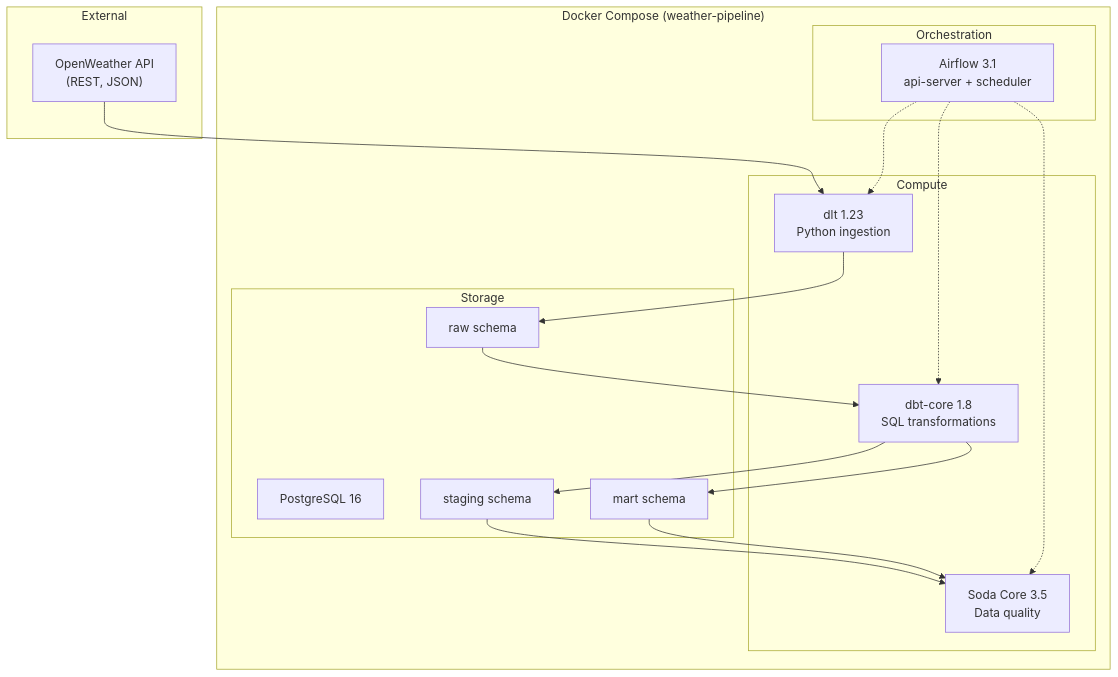
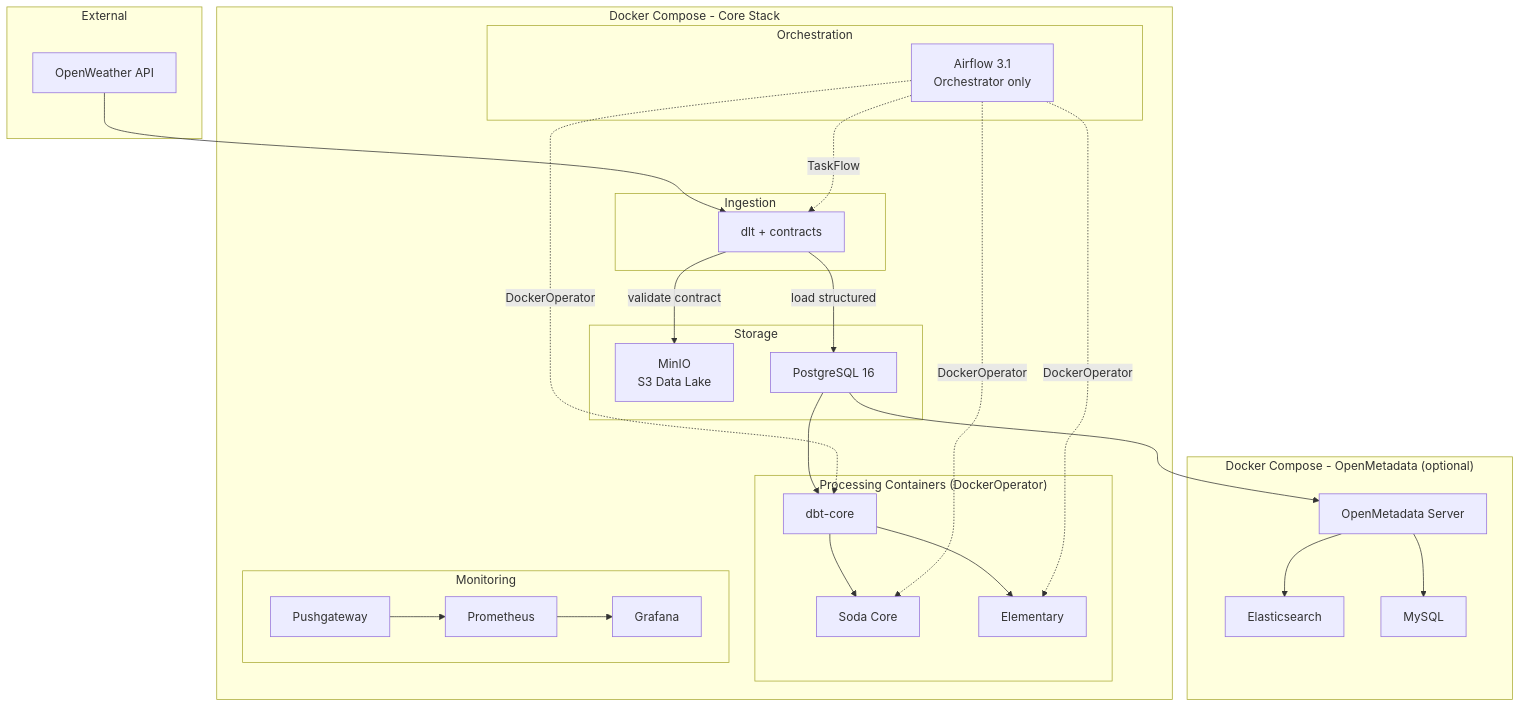
One commit to Adrien-Crapart/data-engineering-pipeline changed the diagram in docs/architecture.md. Above: the diagram before and after it, drawn with Mermaid. The commit also changed other lines of this file and 3 other files, not shown here.

First line of the commit message:
docs(project): update README, architecture, and pipeline documentation

````diff
--- a/docs/architecture.md
+++ b/docs/architecture.md
@@ -7,36 +7,55 @@
 ```mermaid
 graph TB
     subgraph External
-        API["OpenWeather API<br/>(REST, JSON)"]
+        API["OpenWeather API"]
     end
 
-    subgraph Docker["Docker Compose (weather-pipeline)"]
+    subgraph DockerStack["Docker Compose - Core Stack"]
         subgraph Orchestration
-            AF["Airflow 3.1<br/>api-server + scheduler"]
+            AF["Airflow 3.1<br/>Orchestrator only"]
         end
 
-        subgraph Compute
-            DLT["dlt 1.23<br/>Python ingestion"]
-            DBT["dbt-core 1.8<br/>SQL transformations"]
-            SODA["Soda Core 3.5<br/>Data quality"]
+        subgraph ProcessingContainers["Processing Containers (DockerOperator)"]
+            DBT["dbt-core"]
+            SODA["Soda Core"]
+            ELEM["Elementary"]
+        end
+
+        subgraph Ingestion
+            DLT["dlt + contracts"]
         end
 
         subgraph Storage
+            MINIO["MinIO<br/>S3 Data Lake"]
             PG["PostgreSQL 16"]
-            RAW["raw schema"]
-            STG["staging schema"]
-            MART["mart schema"]
+        end
+
+        subgraph Monitoring
+            PROM["Prometheus"]
+            GRAF["Grafana"]
+            PGW["Pushgateway"]
         end
     end
 
+    subgraph OptionalStack["Docker Compose - OpenMetadata (optional)"]
+        OM["OpenMetadata Server"]
+        ES["Elasticsearch"]
+        MYSQL["MySQL"]
+    end
+
     API --> DLT
-    DLT --> RAW
-    RAW --> DBT
-    DBT --> STG
-    DBT --> MART
-    STG --> SODA
-    MART --> SODA
-    AF -.-> DLT
-    AF -.-> DBT
-    AF -.-> SODA
+    DLT -->|validate contract| MINIO
+    DLT -->|load structured| PG
+    PG --> DBT
+    DBT --> SODA
+    DBT --> ELEM
+    AF -.->|DockerOperator| DBT
+    AF -.->|DockerOperator| SODA
+    AF -.->|DockerOperator| ELEM
+    AF -.->|TaskFlow| DLT
+    PGW --> PROM
+    PROM --> GRAF
+    PG --> OM
+    OM --> ES
+    OM --> MYSQL
 ```
````
